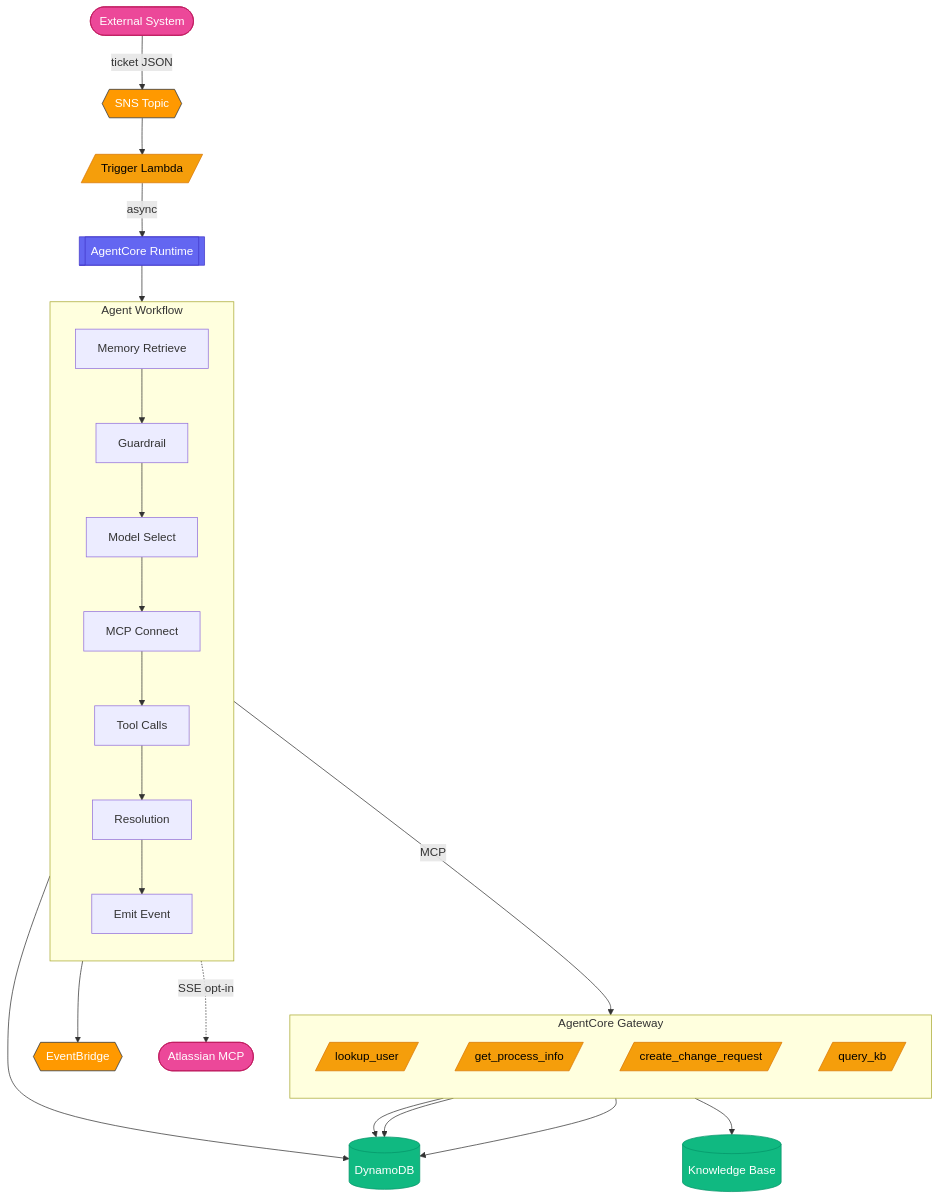
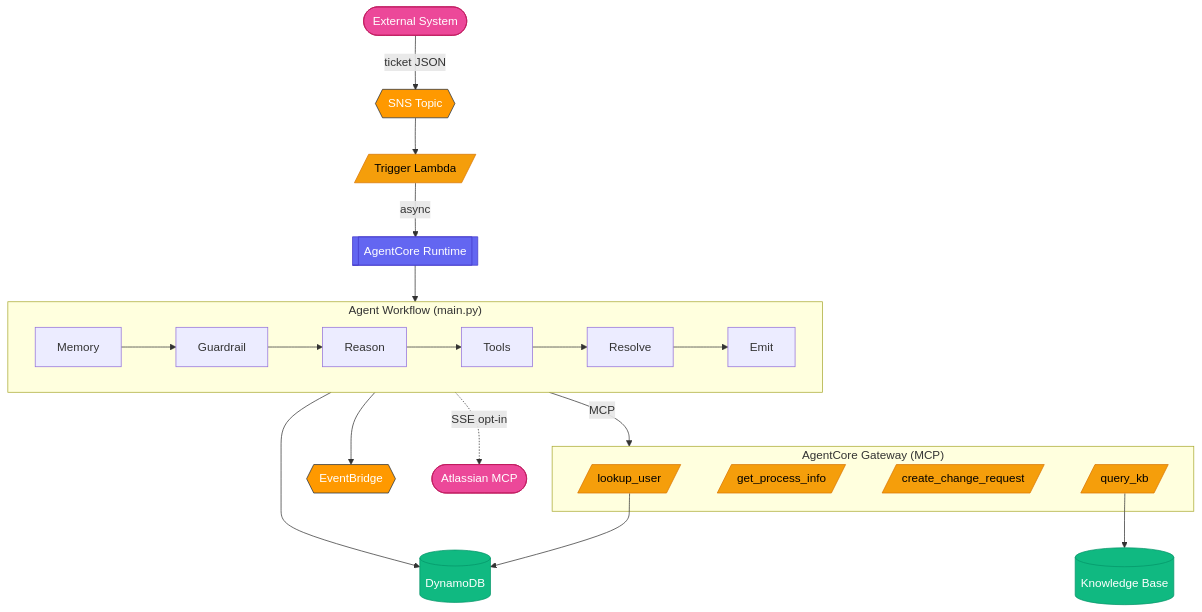
The diagram in 02-use-cases/workflow-agents/it-incident-response-agent/README.md (awslabs/amazon-bedrock-agentcore-samples), drawn with Mermaid before and after one commit. The commit also changed other lines of this file and 3 other files, not shown here.

````diff
--- a/02-use-cases/workflow-agents/it-incident-response-agent/README.md
+++ b/02-use-cases/workflow-agents/it-incident-response-agent/README.md
@@ -29,47 +23,32 @@
 ```mermaid
 flowchart TB
-    %% Styling
     classDef aws fill:#FF9900,color:#fff,stroke:#232F3E
     classDef agentcore fill:#6366F1,color:#fff,stroke:#4338CA
     classDef lambda fill:#F59E0B,color:#000,stroke:#D97706
     classDef data fill:#10B981,color:#fff,stroke:#059669
     classDef external fill:#EC4899,color:#fff,stroke:#BE185D
 
     EXT([External System]):::external -->|ticket JSON| SNS{{SNS Topic}}:::aws
     SNS --> TRG[/Trigger Lambda/]:::lambda
     TRG -->|async| RT[[AgentCore Runtime]]:::agentcore
 
-    subgraph RUNTIME["Agent Workflow"]
-        direction TB
-        R1[Memory Retrieve]
-        R2[Guardrail]
-        R3[Model Select]
-        R4[MCP Connect]
-        R5[Tool Calls]
-        R6[Resolution]
-        R7[Emit Event]
-        R1 --> R2 --> R3 --> R4 --> R5 --> R6 --> R7
+    subgraph RUNTIME["Agent Workflow (main.py)"]
+        direction LR
+        R1[Memory] --> R2[Guardrail] --> R3[Reason] --> R4[Tools] --> R5[Resolve] --> R6[Emit]
     end
-
     RT --> RUNTIME
 
-    subgraph GW["AgentCore Gateway"]
-        direction TB
+    subgraph GW["AgentCore Gateway (MCP)"]
         T1[/lookup_user/]:::lambda
         T2[/get_process_info/]:::lambda
         T3[/create_change_request/]:::lambda
         T4[/query_kb/]:::lambda
     end
-
-    R5 -->|MCP| GW
+    R4 -->|MCP| GW
 
     T1 --> DDB[(DynamoDB)]:::data
-    T2 --> DDB
-    T3 --> DDB
     T4 --> KB[(Knowledge Base)]:::data
-
-    R6 --> DDB
-    R7 --> EB{{EventBridge}}:::aws
-
-    R5 -.->|SSE opt-in| JIRA([Atlassian MCP]):::external
+    R5 --> DDB
+    R6 --> EB{{EventBridge}}:::aws
+    R4 -.->|SSE opt-in| JIRA([Atlassian MCP]):::external
 ```
````
